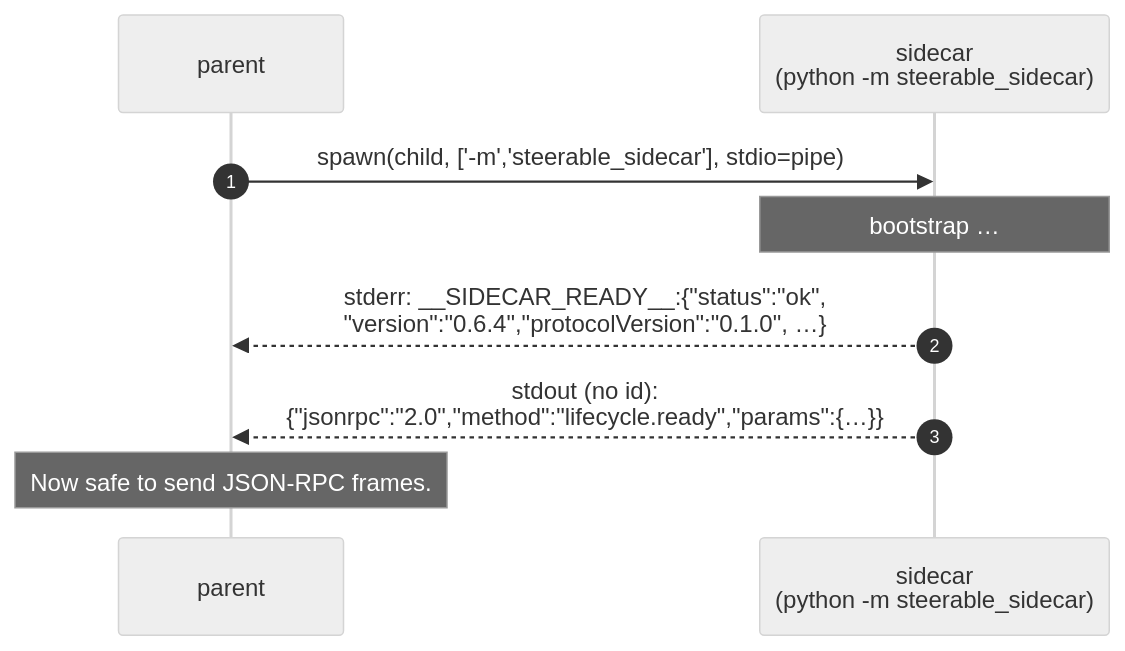
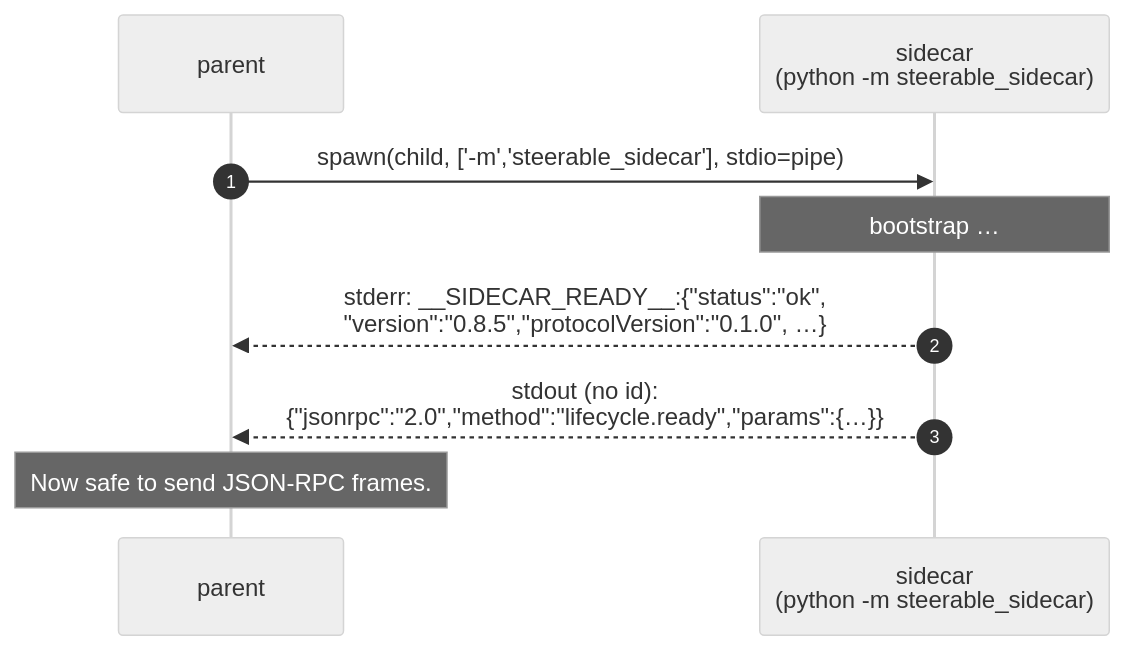
Before and after one commit to pathlyapp/steerable: the diagram in docs/spec/sidecar.md, drawn with Mermaid (neutral theme). The commit also changed other lines of this file and 8 other files, not shown here.

````diff
--- a/docs/spec/sidecar.md
+++ b/docs/spec/sidecar.md
@@ -17,12 +17,12 @@
 ```mermaid
 sequenceDiagram
     autonumber
     participant P as parent
     participant S as sidecar<br/>(python -m steerable_sidecar)
 
     P->>S: spawn(child, ['-m','steerable_sidecar'], stdio=pipe)
     Note over S: bootstrap …
-    S-->>P: stderr: __SIDECAR_READY__:{"status":"ok",<br/>"version":"0.6.4","protocolVersion":"0.1.0", …}
+    S-->>P: stderr: __SIDECAR_READY__:{"status":"ok",<br/>"version":"0.8.5","protocolVersion":"0.1.0", …}
     S-->>P: stdout (no id):<br/>{"jsonrpc":"2.0","method":"lifecycle.ready","params":{…}}
     Note over P: Now safe to send JSON-RPC frames.
 ```
````
